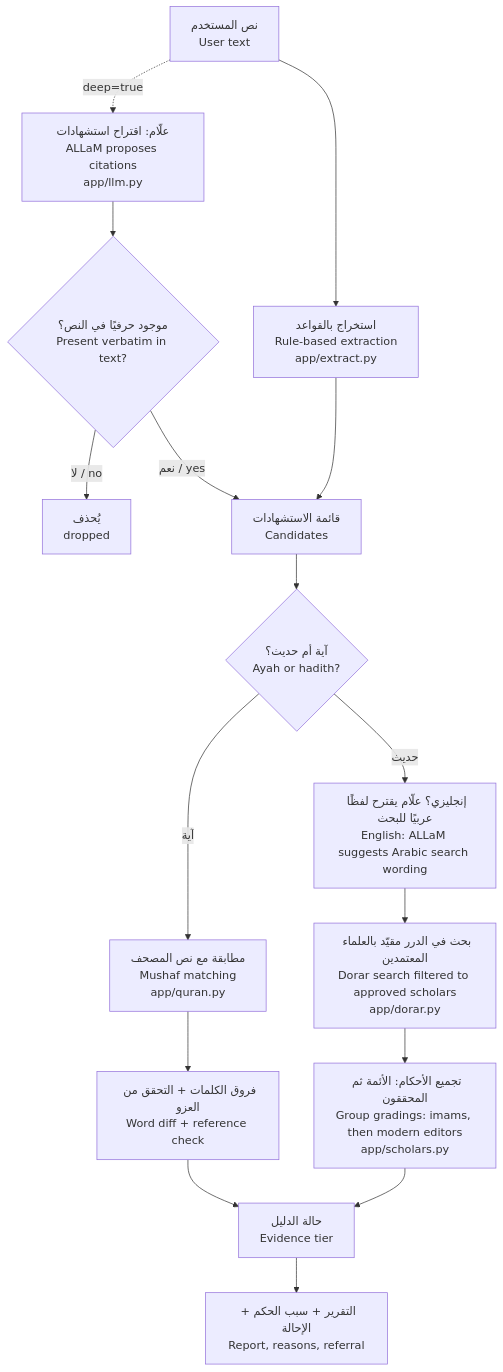
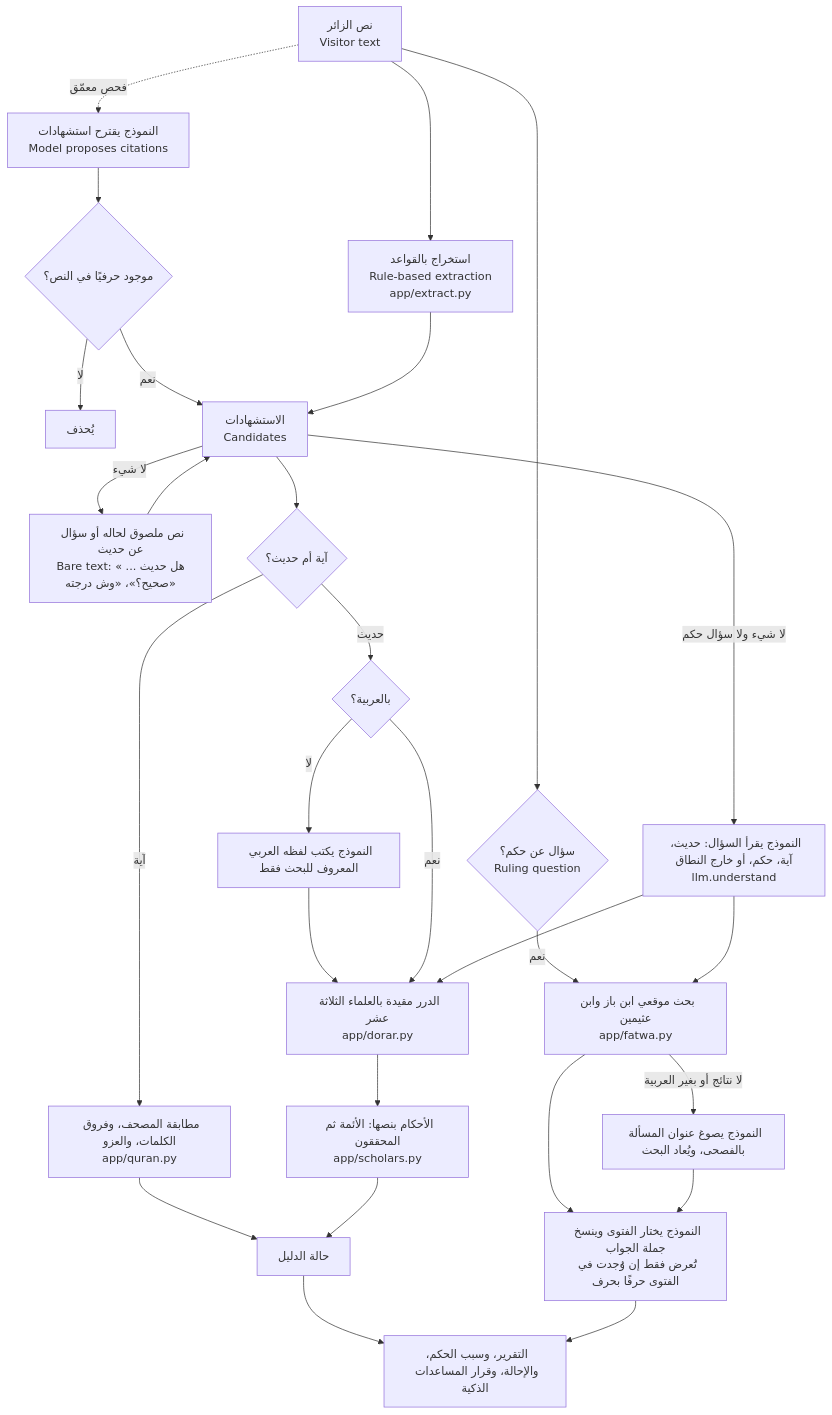
The diagram in docs/architecture.md (M-Ev/tathabbut), drawn with Mermaid before and after one commit. The commit also changed other lines of this file and 22 other files, not shown here.

First line of the commit message:
Everything up to date: architecture, limitations, API, MCP, conformance, evaluation and design docs, new screenshots; the two live misses fixed

````diff
--- a/docs/architecture.md
+++ b/docs/architecture.md
@@ -5,18 +18,30 @@
 ```mermaid
 flowchart TD
-    A[نص المستخدم<br/>User text] --> B[استخراج بالقواعد<br/>Rule-based extraction<br/>app/extract.py]
-    A -. deep=true .-> M[علّام: اقتراح استشهادات<br/>ALLaM proposes citations<br/>app/llm.py]
-    M --> V{موجود حرفيًا في النص؟<br/>Present verbatim in text?}
-    V -- لا / no --> X[يُحذف<br/>dropped]
-    V -- نعم / yes --> C
-    B --> C[قائمة الاستشهادات<br/>Candidates]
-    C --> Q{آية أم حديث؟<br/>Ayah or hadith?}
-    Q -- آية --> Q1[مطابقة مع نص المصحف<br/>Mushaf matching<br/>app/quran.py]
-    Q1 --> Q2[فروق الكلمات + التحقق من العزو<br/>Word diff + reference check]
-    Q -- حديث --> H0[إنجليزي؟ علّام يقترح لفظًا عربيًا للبحث<br/>English: ALLaM suggests Arabic search wording]
-    H0 --> H1[بحث في الدرر مقيّد بالعلماء المعتمدين<br/>Dorar search filtered to approved scholars<br/>app/dorar.py]
-    H1 --> H2[تجميع الأحكام: الأئمة ثم المحققون<br/>Group gradings: imams, then modern editors<br/>app/scholars.py]
-    Q2 --> T[حالة الدليل<br/>Evidence tier]
+    A[نص الزائر<br/>Visitor text] --> B[استخراج بالقواعد<br/>Rule-based extraction<br/>app/extract.py]
+    A -. فحص معمّق .-> M[النموذج يقترح استشهادات<br/>Model proposes citations]
+    M --> V{موجود حرفيًا في النص؟}
+    V -- لا --> X[يُحذف]
+    V -- نعم --> C
+    B --> C[الاستشهادات<br/>Candidates]
+    C -- لا شيء --> BA[نص ملصوق لحاله أو سؤال عن حديث<br/>Bare text: «هل حديث ... صحيح؟»، «وش درجته»]
+    BA --> C
+    C --> Q{آية أم حديث؟}
+    Q -- آية --> Q1[مطابقة المصحف، وفروق الكلمات، والعزو<br/>app/quran.py]
+    Q -- حديث --> H0{بالعربية؟}
+    H0 -- لا --> H00[النموذج يكتب لفظه العربي المعروف للبحث فقط]
+    H00 --> H1
+    H0 -- نعم --> H1[الدرر مقيدة بالعلماء الثلاثة عشر<br/>app/dorar.py]
+    H1 --> H2[الأحكام بنصها: الأئمة ثم المحققون<br/>app/scholars.py]
+    A --> F{سؤال عن حكم؟<br/>Ruling question}
+    F -- نعم --> F1[بحث موقعي ابن باز وابن عثيمين<br/>app/fatwa.py]
+    F1 -- لا نتائج أو بغير العربية --> F2[النموذج يصوغ عنوان المسألة بالفصحى، ويُعاد البحث]
+    F1 --> F3[النموذج يختار الفتوى وينسخ جملة الجواب<br/>تُعرض فقط إن وُجدت في الفتوى حرفًا بحرف]
+    F2 --> F3
+    C -- لا شيء ولا سؤال حكم --> U[النموذج يقرأ السؤال: حديث، آية، حكم، أو خارج النطاق<br/>llm.understand]
+    U --> H1
+    U --> F1
+    Q1 --> T[حالة الدليل]
     H2 --> T
-    T --> R[التقرير + سبب الحكم + الإحالة<br/>Report, reasons, referral]
+    T --> R[التقرير، وسبب الحكم، والإحالة، وقرار المساعدات الذكية]
+    F3 --> R
 ```
````
